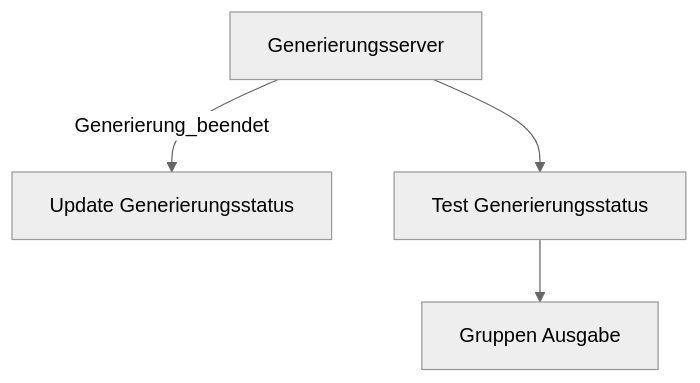
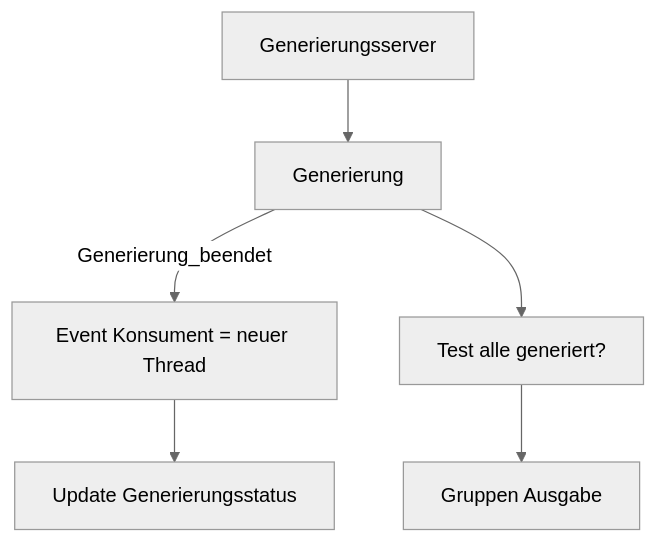
The third of 3 diagrams in clusterprinting.md (BisonSchweizAG/documentation), drawn with Mermaid (neutral theme) before and after one commit. The commit also changed other lines of this file, not shown here.

Commit message:
Complete zoom of generation server

````diff
--- a/clusterprinting.md
+++ b/clusterprinting.md
@@ -45,6 +45,8 @@
 ```mermaid
   graph TD;
-      A[Generierungsserver]--Generierung_beendet-->B[Update Generierungsstatus];
-      A-->T[Test Generierungsstatus];
+      A[Generierungsserver]-->G[Generierung];
+      G--Generierung_beendet-->C[Event Konsument = neuer Thread];
+      C-->B[Update Generierungsstatus];
+      G-->T[Test alle generiert?];
       T-->O[Gruppen Ausgabe];
 ```
````
